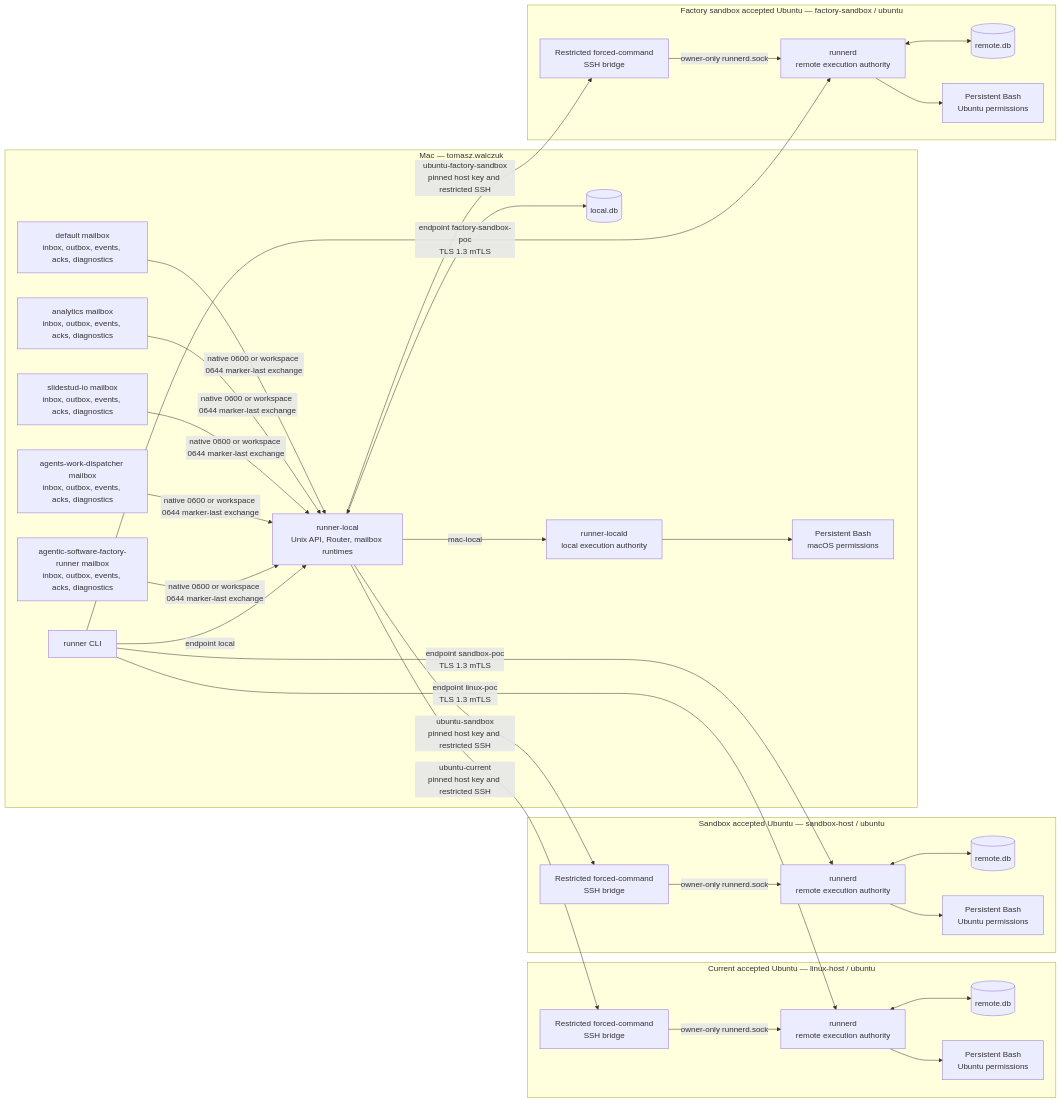
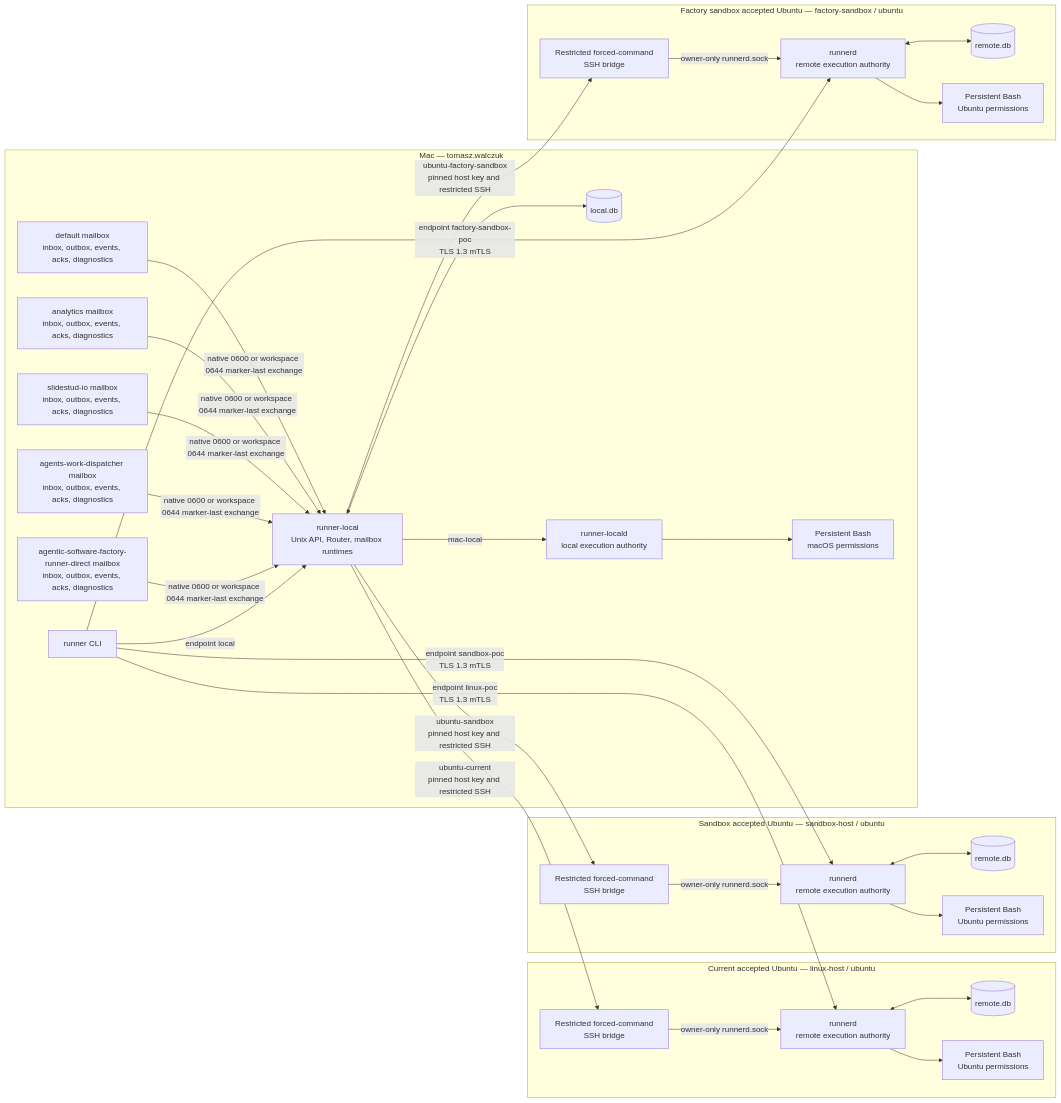
One commit to gavrilo123456/remote-session-runner changed the first of 7 diagrams in docs/architecture.md. Above: the diagram before and after it, drawn with Mermaid. The commit also changed other lines of this file and 31 other files, not shown here.

````diff
--- a/docs/architecture.md
+++ b/docs/architecture.md
@@ -30,62 +30,62 @@
 ```mermaid
 flowchart LR
   subgraph Mac[Mac — tomasz.walczuk]
     CLI[runner CLI]
     Default[default mailbox\ninbox, outbox, events, acks, diagnostics]
     Analytics[analytics mailbox\ninbox, outbox, events, acks, diagnostics]
     SlideStudio[slidestud-io mailbox\ninbox, outbox, events, acks, diagnostics]
     Dispatcher[agents-work-dispatcher mailbox\ninbox, outbox, events, acks, diagnostics]
-    Factory[agentic-software-factory-runner mailbox\ninbox, outbox, events, acks, diagnostics]
+    Factory[agentic-software-factory-runner-direct mailbox\ninbox, outbox, events, acks, diagnostics]
     Router[runner-local\nUnix API, Router, mailbox runtimes]
     LocalDB[(local.db)]
     LocalD[runner-locald\nlocal execution authority]
     MacBash[Persistent Bash\nmacOS permissions]
 
     Default -->|native 0600 or workspace 0644 marker-last exchange| Router
     Analytics -->|native 0600 or workspace 0644 marker-last exchange| Router
     SlideStudio -->|native 0600 or workspace 0644 marker-last exchange| Router
     Dispatcher -->|native 0600 or workspace 0644 marker-last exchange| Router
     Factory -->|native 0600 or workspace 0644 marker-last exchange| Router
     CLI -->|endpoint local| Router
     Router <--> LocalDB
     Router -->|mac-local| LocalD
     LocalD --> MacBash
   end
 
   subgraph CurrentUbuntu[Current accepted Ubuntu — linux-host / ubuntu]
     CurrentSSH[Restricted forced-command\nSSH bridge]
     CurrentRunnerD[runnerd\nremote execution authority]
     CurrentRemoteDB[(remote.db)]
     CurrentLinuxBash[Persistent Bash\nUbuntu permissions]
     CurrentSSH -->|owner-only runnerd.sock| CurrentRunnerD
     CurrentRunnerD <--> CurrentRemoteDB
     CurrentRunnerD --> CurrentLinuxBash
   end
 
   subgraph SandboxUbuntu[Sandbox accepted Ubuntu — sandbox-host / ubuntu]
     SandboxSSH[Restricted forced-command\nSSH bridge]
     SandboxRunnerD[runnerd\nremote execution authority]
     SandboxRemoteDB[(remote.db)]
     SandboxLinuxBash[Persistent Bash\nUbuntu permissions]
     SandboxSSH -->|owner-only runnerd.sock| SandboxRunnerD
     SandboxRunnerD <--> SandboxRemoteDB
     SandboxRunnerD --> SandboxLinuxBash
   end
 
   subgraph FactoryUbuntu[Factory sandbox accepted Ubuntu — factory-sandbox / ubuntu]
     FactorySSH[Restricted forced-command\nSSH bridge]
     FactoryRunnerD[runnerd\nremote execution authority]
     FactoryRemoteDB[(remote.db)]
     FactoryLinuxBash[Persistent Bash\nUbuntu permissions]
     FactorySSH -->|owner-only runnerd.sock| FactoryRunnerD
     FactoryRunnerD <--> FactoryRemoteDB
     FactoryRunnerD --> FactoryLinuxBash
   end
 
   Router -->|ubuntu-current\npinned host key and restricted SSH| CurrentSSH
   Router -->|ubuntu-sandbox\npinned host key and restricted SSH| SandboxSSH
   Router -->|ubuntu-factory-sandbox\npinned host key and restricted SSH| FactorySSH
   CLI -->|endpoint linux-poc\nTLS 1.3 mTLS| CurrentRunnerD
   CLI -->|endpoint sandbox-poc\nTLS 1.3 mTLS| SandboxRunnerD
   CLI -->|endpoint factory-sandbox-poc\nTLS 1.3 mTLS| FactoryRunnerD
 ```
````
